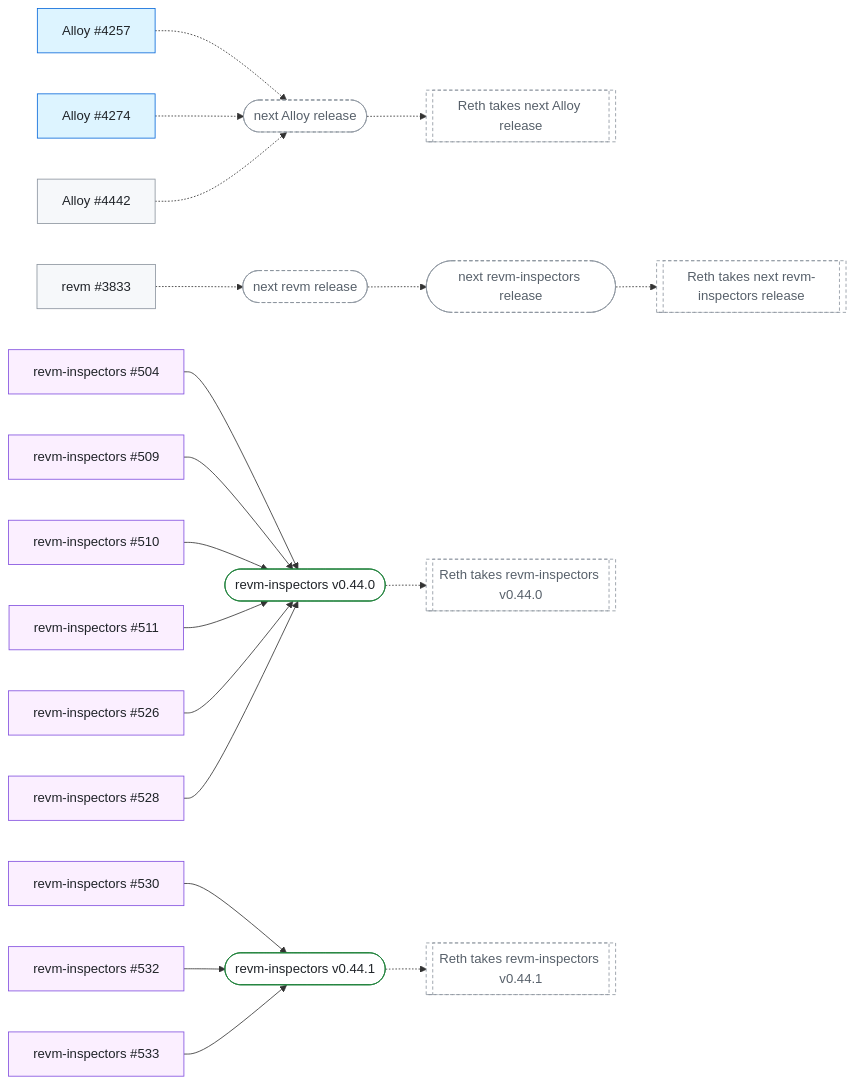
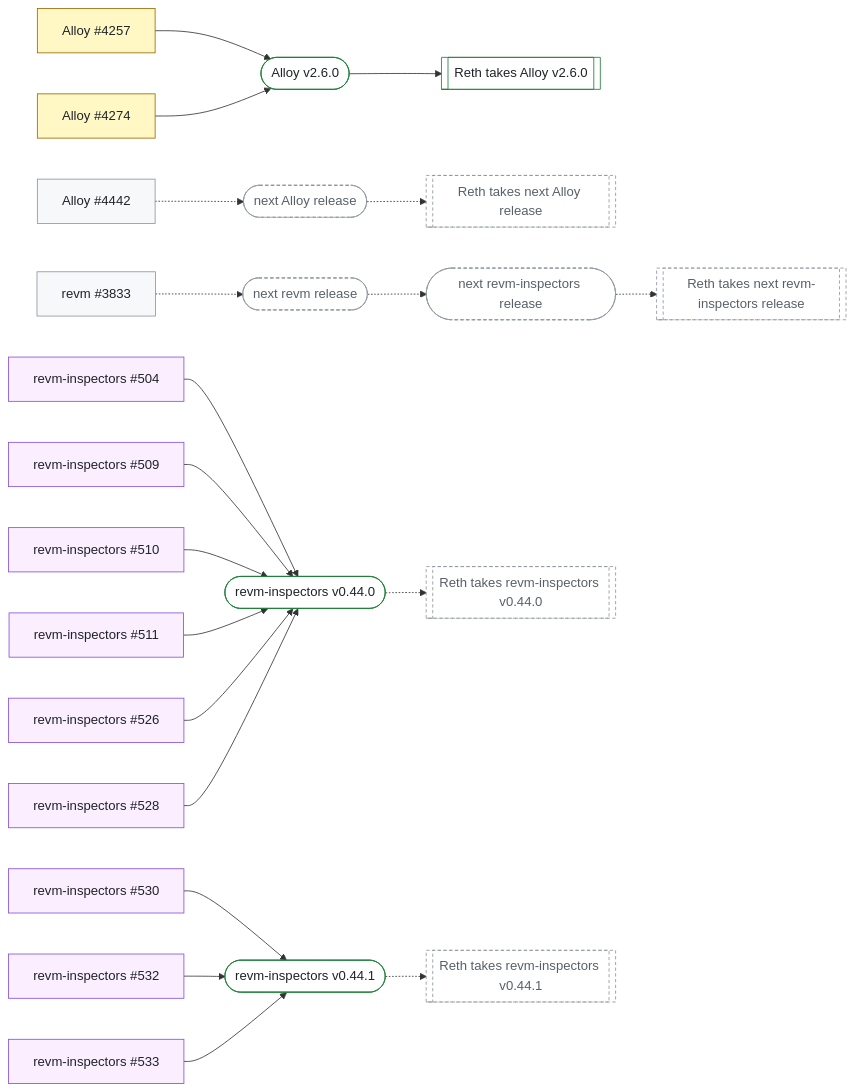
The second of 2 diagrams in docs/client-fixes.md (banteg/trace-interop), drawn with Mermaid before and after one commit. The commit also changed other lines of this file and 7 other files, not shown here.

````diff
--- a/docs/client-fixes.md
+++ b/docs/client-fixes.md
@@ -167,48 +168,51 @@
 ```mermaid
 flowchart LR
-  Alloy_4257["Alloy #4257"]:::merged
+  Alloy_4257["Alloy #4257"]:::in_client
+  Alloy_v2_6_0(["Alloy v2.6.0"]):::done
+  Reth_takes_Alloy_v2_6_0[["Reth takes Alloy v2.6.0"]]:::done
+  Alloy_4274["Alloy #4274"]:::in_client
+  Alloy_4442["Alloy #4442"]:::open
   next_Alloy_release(["next Alloy release"]):::pending
   Reth_takes_next_Alloy_release[["Reth takes next Alloy release"]]:::pending
-  Alloy_4274["Alloy #4274"]:::merged
-  Alloy_4442["Alloy #4442"]:::open
   revm_3833["revm #3833"]:::open
   next_revm_release(["next revm release"]):::pending
   next_revm_inspectors_release(["next revm-inspectors release"]):::pending
   Reth_takes_next_revm_inspectors_release[["Reth takes next revm-inspectors release"]]:::pending
   revm_inspectors_504["revm-inspectors #504"]:::released
   revm_inspectors_v0_44_0(["revm-inspectors v0.44.0"]):::done
   Reth_takes_revm_inspectors_v0_44_0[["Reth takes revm-inspectors v0.44.0"]]:::pending
   revm_inspectors_509["revm-inspectors #509"]:::released
   revm_inspectors_510["revm-inspectors #510"]:::released
   revm_inspectors_511["revm-inspectors #511"]:::released
   revm_inspectors_526["revm-inspectors #526"]:::released
   revm_inspectors_528["revm-inspectors #528"]:::released
   revm_inspectors_530["revm-inspectors #530"]:::released
   revm_inspectors_v0_44_1(["revm-inspectors v0.44.1"]):::done
   Reth_takes_revm_inspectors_v0_44_1[["Reth takes revm-inspectors v0.44.1"]]:::pending
   revm_inspectors_532["revm-inspectors #532"]:::released
   revm_inspectors_533["revm-inspectors #533"]:::released
-  Alloy_4257 -.-> next_Alloy_release
+  Alloy_4257 --> Alloy_v2_6_0
+  Alloy_v2_6_0 --> Reth_takes_Alloy_v2_6_0
+  Alloy_4274 --> Alloy_v2_6_0
+  Alloy_4442 -.-> next_Alloy_release
   next_Alloy_release -.-> Reth_takes_next_Alloy_release
-  Alloy_4274 -.-> next_Alloy_release
-  Alloy_4442 -.-> next_Alloy_release
   revm_3833 -.-> next_revm_release
   next_revm_release -.-> next_revm_inspectors_release
   next_revm_inspectors_release -.-> Reth_takes_next_revm_inspectors_release
   revm_inspectors_504 --> revm_inspectors_v0_44_0
   revm_inspectors_v0_44_0 -.-> Reth_takes_revm_inspectors_v0_44_0
   revm_inspectors_509 --> revm_inspectors_v0_44_0
   revm_inspectors_510 --> revm_inspectors_v0_44_0
   revm_inspectors_511 --> revm_inspectors_v0_44_0
   revm_inspectors_526 --> revm_inspectors_v0_44_0
   revm_inspectors_528 --> revm_inspectors_v0_44_0
   revm_inspectors_530 --> revm_inspectors_v0_44_1
   revm_inspectors_v0_44_1 -.-> Reth_takes_revm_inspectors_v0_44_1
   revm_inspectors_532 --> revm_inspectors_v0_44_1
   revm_inspectors_533 --> revm_inspectors_v0_44_1
   classDef open fill:#f6f8fa,stroke:#8c959f,color:#1f2328
-  classDef merged fill:#ddf4ff,stroke:#0969da,color:#1f2328
   classDef released fill:#fbefff,stroke:#8250df,color:#1f2328
+  classDef in_client fill:#fff8c5,stroke:#9a6700,color:#1f2328
   classDef done fill:#ffffff,stroke:#1a7f37,color:#1f2328
   classDef pending fill:#ffffff,stroke:#8c959f,stroke-dasharray:4 3,color:#57606a
 ```
````
